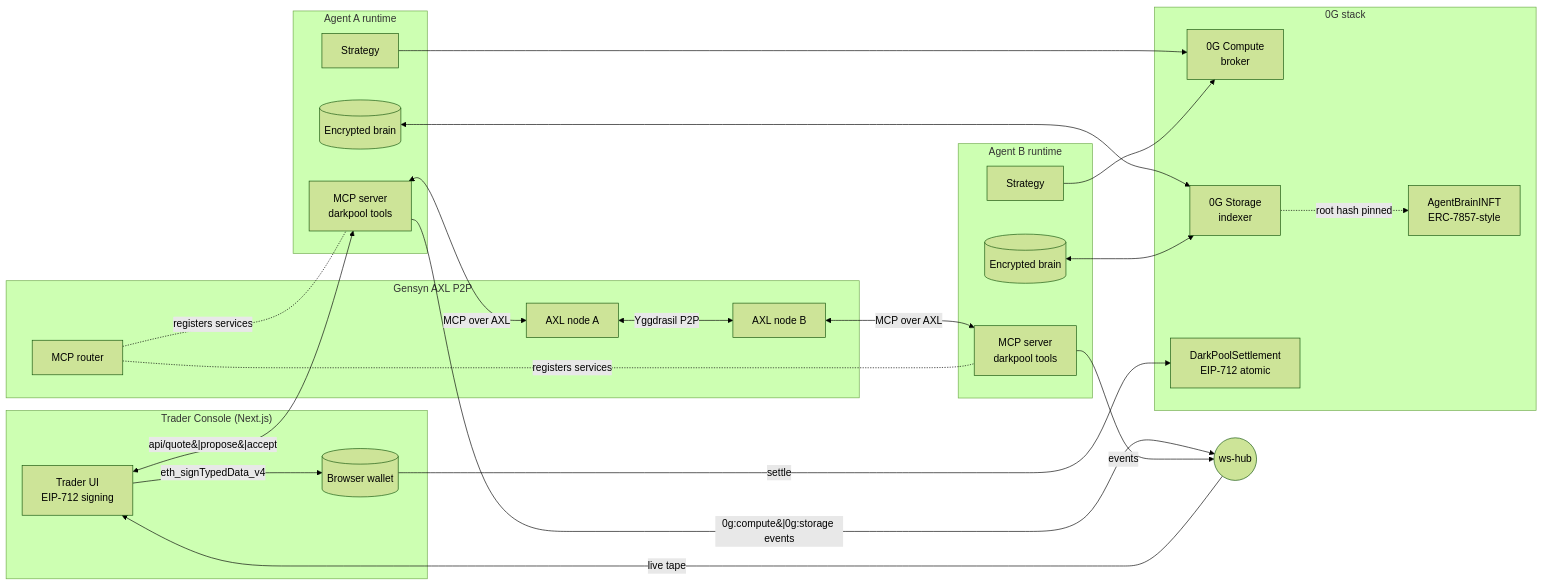
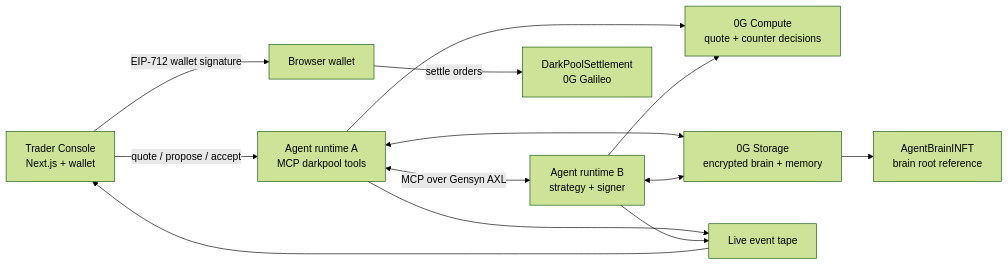
One commit to drparadox05/Darkpool changed the first of 2 diagrams in README.md. Above: the diagram before and after it, drawn with Mermaid (forest theme). The commit also changed other lines of this file, not shown here.

````diff
--- a/README.md
+++ b/README.md
@@ -42,52 +40,19 @@
 ```mermaid
 flowchart LR
-    subgraph Browser["Trader Console (Next.js)"]
-        UI[Trader UI<br/>EIP-712 signing]
-        Wallet[(Browser wallet)]
-    end
+    Trader[Trader Console<br/>Next.js + wallet] -->|quote / propose / accept| AgentA[Agent runtime A<br/>MCP darkpool tools]
+    AgentA <-->|MCP over Gensyn AXL| AgentB[Agent runtime B<br/>strategy + signer]
 
-    subgraph AgentRuntimeA["Agent A runtime"]
-        StratA[Strategy]
-        BrainA[(Encrypted brain)]
-        McpA[MCP server<br/>darkpool tools]
-    end
+    AgentA --> Compute[0G Compute<br/>quote + counter decisions]
+    AgentB --> Compute
 
-    subgraph AgentRuntimeB["Agent B runtime"]
-        StratB[Strategy]
-        BrainB[(Encrypted brain)]
-        McpB[MCP server<br/>darkpool tools]
-    end
+    AgentA <--> Storage[0G Storage<br/>encrypted brain + memory]
+    AgentB <--> Storage
+    Storage --> INFT[AgentBrainINFT<br/>brain root reference]
 
-    subgraph AXL["Gensyn AXL P2P"]
-        NodeA[AXL node A]
-        NodeB[AXL node B]
-        Router[MCP router]
-    end
+    Trader -->|EIP-712 wallet signature| Wallet[Browser wallet]
+    Wallet -->|settle orders| Settlement[DarkPoolSettlement<br/>0G Galileo]
 
-    subgraph ZeroG["0G stack"]
-        Compute[0G Compute<br/>broker]
-        Storage[0G Storage<br/>indexer]
-        INFT[AgentBrainINFT<br/>ERC-7857-style]
-        Settle[DarkPoolSettlement<br/>EIP-712 atomic]
-    end
-
-    UI <-->|api/quote&#124;propose&#124;accept| McpA
-    UI -->|eth_signTypedData_v4| Wallet
-    Wallet -->|settle| Settle
-
-    McpA <-->|MCP over AXL| NodeA
-    NodeA <-->|Yggdrasil P2P| NodeB
-    NodeB <-->|MCP over AXL| McpB
-    Router -. registers services .- McpA
-    Router -. registers services .- McpB
-
-    StratA --> Compute
-    StratB --> Compute
-    BrainA <--> Storage
-    BrainB <--> Storage
-    Storage -. root hash pinned .-> INFT
-
-    McpA -->|0g:compute&#124;0g:storage events| WSHub((ws-hub))
-    McpB -->|events| WSHub
-    WSHub -->|live tape| UI
+    AgentA --> Tape[Live event tape]
+    AgentB --> Tape
+    Tape --> Trader
 ```
````
